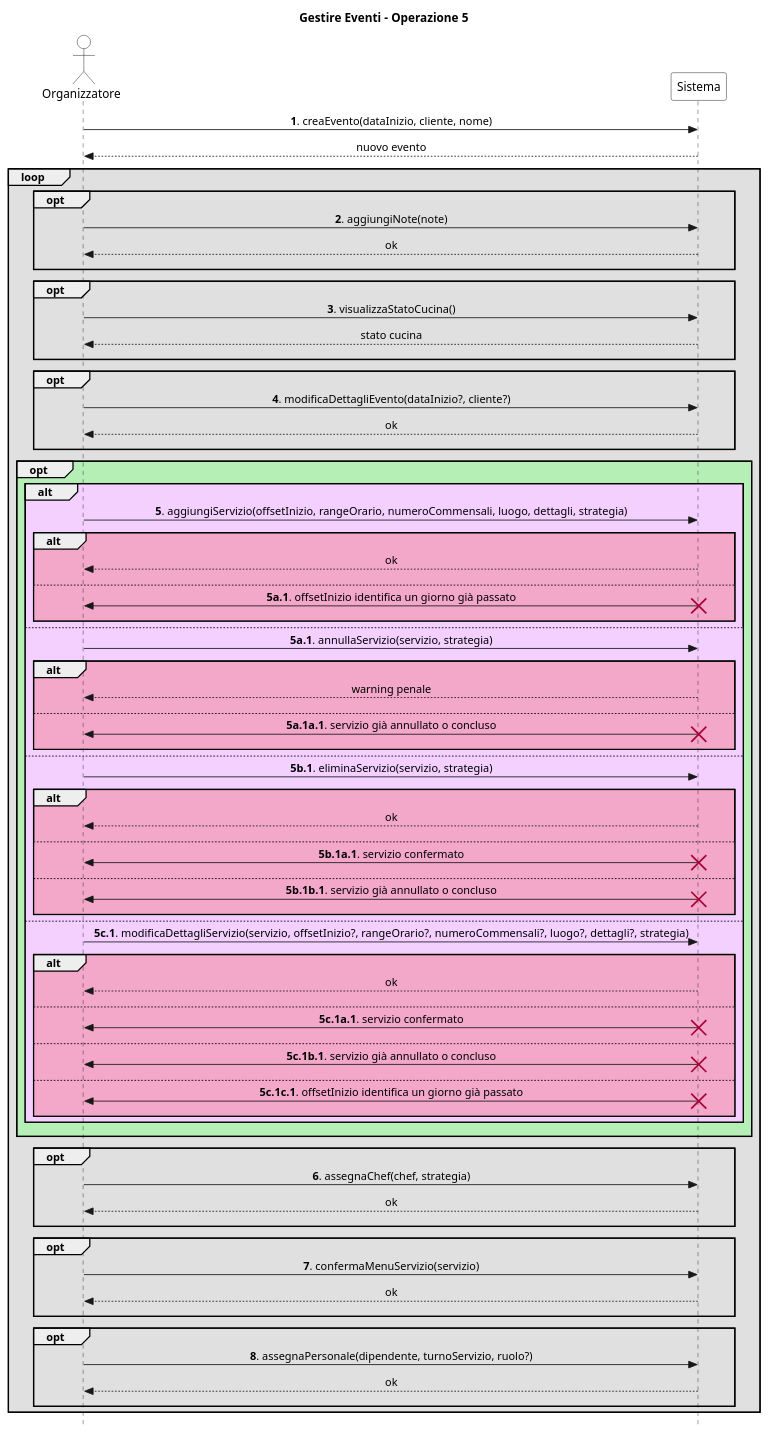
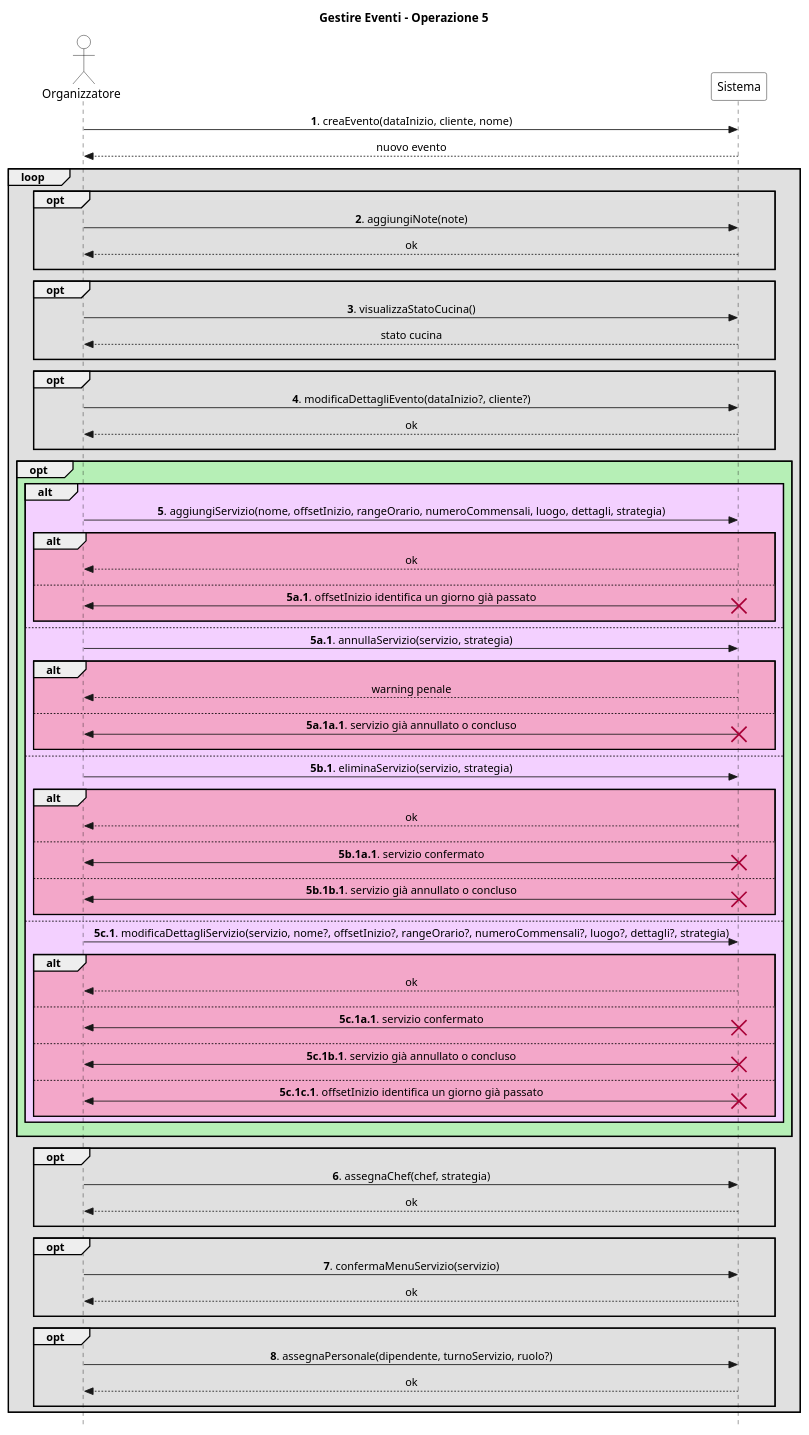
The diagram in UP/Requisiti/UC Gestire Eventi/SSD/Estensioni-Eccezioni Op5.puml (stefa168/sas-project), drawn with PlantUML before and after one commit. The commit also changed 6 other files, not shown here.

```diff
--- a/UP/Requisiti/UC Gestire Eventi/SSD/Estensioni-Eccezioni Op5.puml
+++ b/UP/Requisiti/UC Gestire Eventi/SSD/Estensioni-Eccezioni Op5.puml
@@ -1,114 +1,114 @@
 @startuml
 skinparam Style strictuml
 skinparam SequenceMessageAlign center
 
 skinparam sequence {
     ActorBorderColor Black
     ActorBackgroundColor White
     ParticipantBorderColor Black
     ParticipantBackgroundColor White
 }
 
 actor "Organizzatore" as org
 participant Sistema
 
 title Gestire Eventi - Operazione 5
 
 org -> Sistema: **1**. creaEvento(dataInizio, cliente, nome)
 return nuovo evento
 
 loop #e0e0e0
     opt #e0e0e0
         org -> Sistema: **2**. aggiungiNote(note)
         return ok
         ||10||
     end
 
     opt #e0e0e0
         org -> Sistema: **3**. visualizzaStatoCucina()
         return stato cucina
         ||10||
     end
 
     opt #e0e0e0
         org -> Sistema: **4**. modificaDettagliEvento(dataInizio?, cliente?)
         return ok
         ||10||
     end
 
     opt #b6efb6
         alt #f3d0ff
-            org -> Sistema: **5**. aggiungiServizio(offsetInizio, rangeOrario, numeroCommensali, luogo, dettagli, strategia)
+            org -> Sistema: **5**. aggiungiServizio(nome, offsetInizio, rangeOrario, numeroCommensali, luogo, dettagli, strategia)
             alt #f3a7c9
                 return ok
                 ||10||
             else
                 org <- Sistema: **5a.1**. offsetInizio identifica un giorno già passato
                 destroy Sistema
                 ||10||
             end
         else
             org -> Sistema: **5a.1**. annullaServizio(servizio, strategia)
             alt #f3a7c9
                 return warning penale
                 ||10||
             else
                 org <- Sistema: **5a.1a.1**. servizio già annullato o concluso
                 destroy Sistema
                 ||10||
             end
         else
             org -> Sistema: **5b.1**. eliminaServizio(servizio, strategia)
             alt #f3a7c9
                 return ok
                 ||10||
             else
                 org <- Sistema: **5b.1a.1**. servizio confermato
                 destroy Sistema
                 ||10||
             else
                 org <- Sistema: **5b.1b.1**. servizio già annullato o concluso
                 destroy Sistema
                 ||10||
             end
         else
-            org -> Sistema: **5c.1**. modificaDettagliServizio(servizio, offsetInizio?, rangeOrario?, numeroCommensali?, luogo?, dettagli?, strategia)
+            org -> Sistema: **5c.1**. modificaDettagliServizio(servizio, nome?, offsetInizio?, rangeOrario?, numeroCommensali?, luogo?, dettagli?, strategia)
             alt #f3a7c9
                 return ok
                 ||10||
             else
                 org <- Sistema: **5c.1a.1**. servizio confermato
                 destroy Sistema
                 ||10||
             else
                 org <- Sistema: **5c.1b.1**. servizio già annullato o concluso
                 destroy Sistema
                 ||10||
             else
                 org <- Sistema: **5c.1c.1**. offsetInizio identifica un giorno già passato
                 destroy Sistema
                 ||10||
             end
         end
         ||10||
     end
 
     opt #e0e0e0
         org -> Sistema: **6**. assegnaChef(chef, strategia)
         return ok
         ||10||
     end
 
     opt #e0e0e0
         org -> Sistema: **7**. confermaMenuServizio(servizio)
         return ok
         ||10||
     end
 
     opt #e0e0e0
         org -> Sistema: **8**. assegnaPersonale(dipendente, turnoServizio, ruolo?)
         return ok
         ||10||
     end
 end
 @enduml
```
